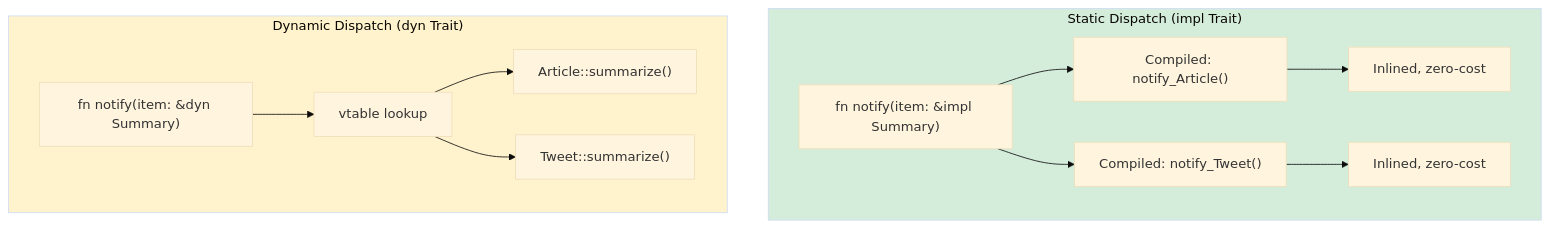
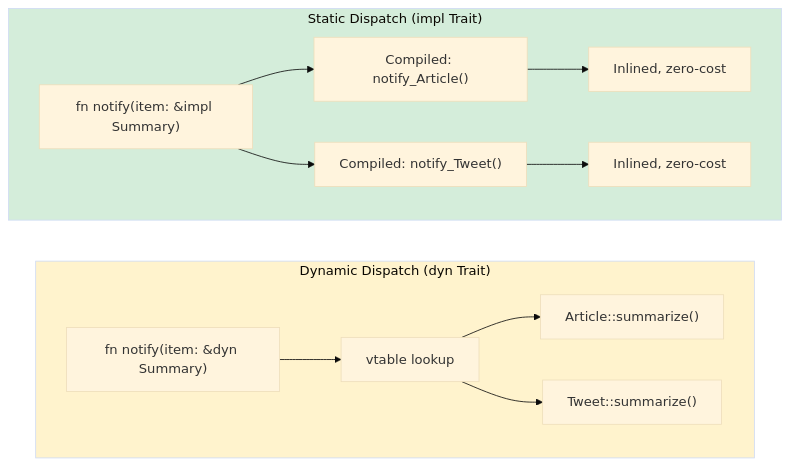
The diagram in content/python-book/ch10-traits-and-generics.md (ruhankhandakar/rust-learning-microsoft), drawn with Mermaid (base theme) before and after one commit. The commit also changed 18 other files, not shown here.

````diff
--- a/content/python-book/ch10-traits-and-generics.md
+++ b/content/python-book/ch10-traits-and-generics.md
@@ -312,16 +312,17 @@
 ```mermaid
 flowchart TB
     subgraph Static ["Static Dispatch (impl Trait)"]
         G["fn notify(item: &impl Summary)"] --> M1["Compiled: notify_Article()"]
         G --> M2["Compiled: notify_Tweet()"]
         M1 --> O1["Inlined, zero-cost"]
         M2 --> O2["Inlined, zero-cost"]
     end
     subgraph Dynamic ["Dynamic Dispatch (dyn Trait)"]
         D["fn notify(item: &dyn Summary)"] --> VT["vtable lookup"]
         VT --> I1["Article::summarize()"]
         VT --> I2["Tweet::summarize()"]
     end
+    Static ~~~ Dynamic
     style Static fill:#d4edda
     style Dynamic fill:#fff3cd
 ```
````
